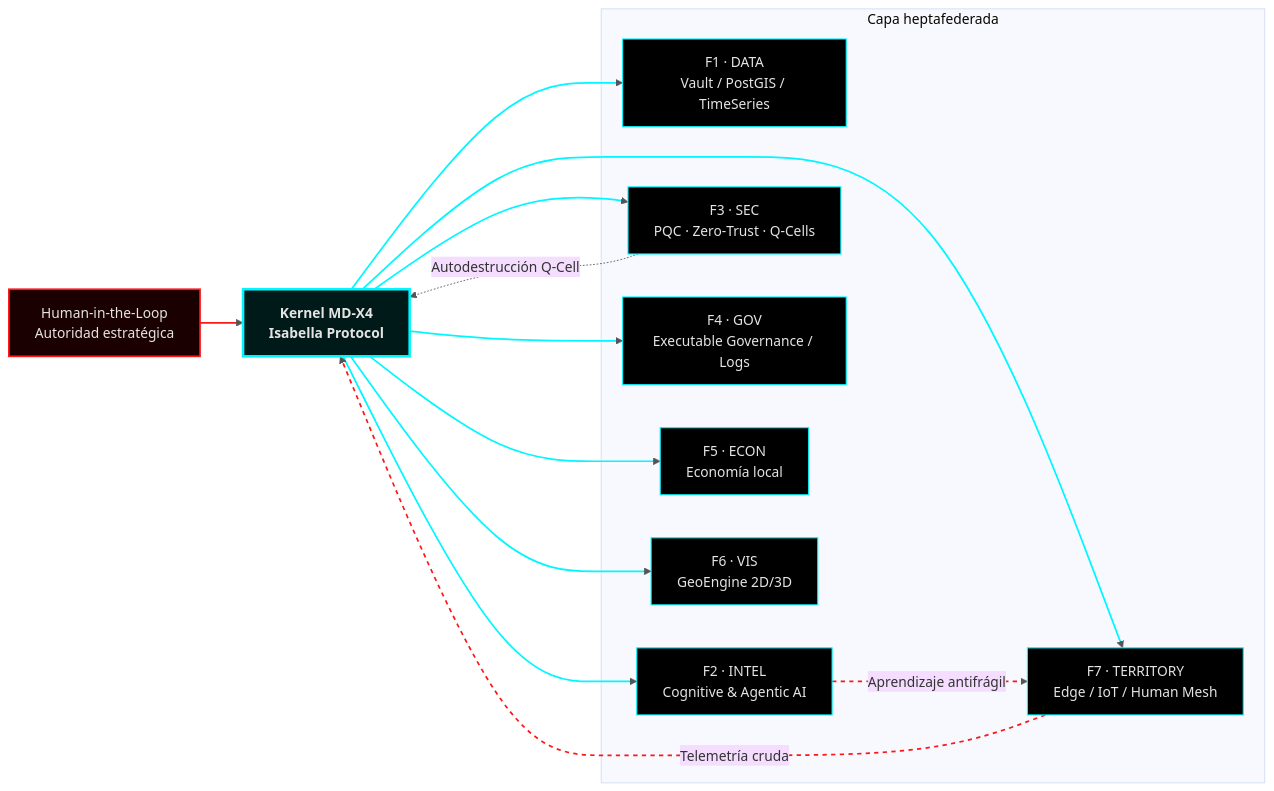
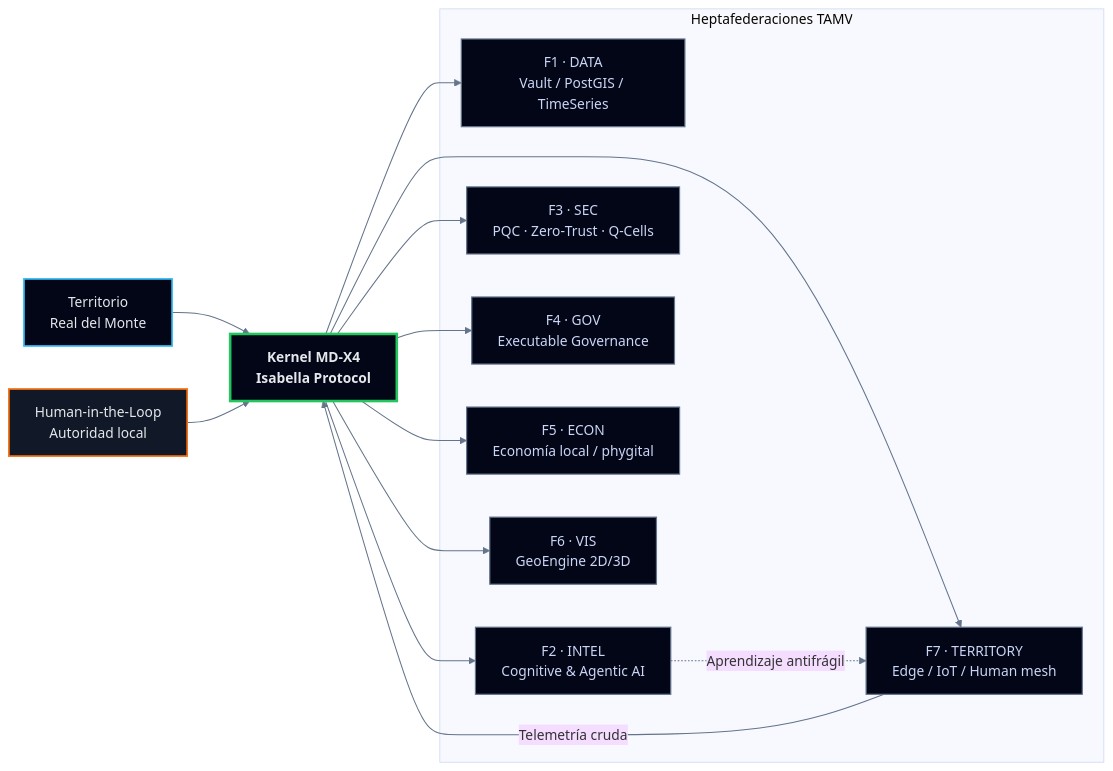
Before and after one commit to OsoPanda1/OsoPanda1: the diagram in README.md, drawn with Mermaid (base theme). The commit also changed other lines of this file, not shown here.

````diff
--- a/README.md
+++ b/README.md
@@ -97,36 +123,28 @@
 ```mermaid
 flowchart LR
-    HITL["Human‑in‑the‑Loop\nAutoridad estratégica"]:::human --> KMD
+    TERR["Territorio\nReal del Monte"]:::territory --> KMD
+    HITL["Human‑in‑the‑Loop\nAutoridad local"]:::human --> KMD
+
     KMD["Kernel MD‑X4\nIsabella Protocol"]:::kernel
 
-    subgraph HEPTA["Capa heptafederada"]
-        F1["F1 · DATA\nVault / PostGIS / TimeSeries"]:::fed
-        F2["F2 · INTEL\nCognitive & Agentic AI"]:::fed
-        F3["F3 · SEC\nPQC · Zero‑Trust · Q‑Cells"]:::fed
-        F4["F4 · GOV\nExecutable Governance / Logs"]:::fed
-        F5["F5 · ECON\nEconomía local"]:::fed
-        F6["F6 · VIS\nGeoEngine 2D/3D"]:::fed
-        F7["F7 · TERRITORY\nEdge / IoT / Human Mesh"]:::fed
+    subgraph FED["Heptafederaciones TAMV"]
+      F1["F1 · DATA\nVault / PostGIS / TimeSeries"]:::fed
+      F2["F2 · INTEL\nCognitive & Agentic AI"]:::fed
+      F3["F3 · SEC\nPQC · Zero‑Trust · Q‑Cells"]:::fed
+      F4["F4 · GOV\nExecutable Governance"]:::fed
+      F5["F5 · ECON\nEconomía local / phygital"]:::fed
+      F6["F6 · VIS\nGeoEngine 2D/3D"]:::fed
+      F7["F7 · TERRITORY\nEdge / IoT / Human mesh"]:::fed
     end
 
-    KMD --> F1
-    KMD --> F2
-    KMD --> F3
-    KMD --> F4
-    KMD --> F5
-    KMD --> F6
-    KMD --> F7
-
+    KMD --> F1 & F2 & F3 & F4 & F5 & F6 & F7
     F7 -->|"Telemetría cruda"| KMD
     F2 -.->|"Aprendizaje antifrágil"| F7
-    F3 -.->|"Autodestrucción Q‑Cell"| KMD
 
-    classDef human fill:#1A0000,stroke:#FF1717,stroke-width:2px,color:#E5E4E2;
-    classDef kernel fill:#001A1A,stroke:#00F7FF,stroke-width:3px,color:#E5E4E2,font-weight:bold;
-    classDef fed fill:#000000,stroke:#00F7FF,stroke-width:1.3px,color:#E5E4E2;
+    classDef territory fill:#020617,stroke:#38BDF8,stroke-width:2px,color:#E5E7EB;
+    classDef human fill:#111827,stroke:#F97316,stroke-width:2px,color:#E5E7EB;
+    classDef kernel fill:#020617,stroke:#22C55E,stroke-width:3px,color:#E5E7EB,font-weight:bold;
+    classDef fed fill:#020617,stroke:#64748B,stroke-width:1.4px,color:#CBD5F5;
 
-    linkStyle default stroke:#555555,stroke-width:1px;
-    linkStyle 0 stroke:#FF1717,stroke-width:2px;
-    linkStyle 1,2,3,4,5,6,7 stroke:#00F7FF,stroke-width:2px;
-    linkStyle 8,9 stroke:#FF1717,stroke-width:2px,stroke-dasharray:5 5;
+    linkStyle default stroke:#64748B,stroke-width:1.2px;
 ```
````
